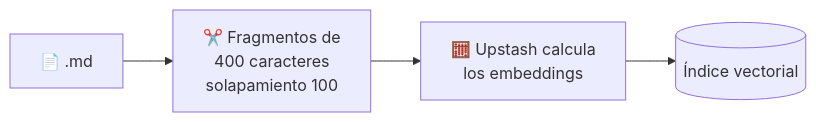
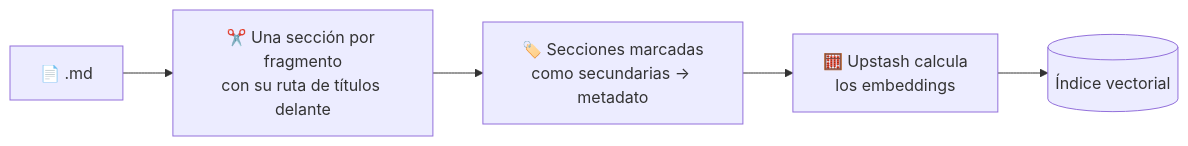
The third of 3 diagrams in README.md (JorgePR91/portfolio-rag-chatbot), drawn with Mermaid before and after one commit. The commit also changed other lines of this file, not shown here.

First line of the commit message:
docs: README con evaluación, resultados y decisiones de diseño

````diff
--- a/README.md
+++ b/README.md
@@ -198,6 +201,7 @@
 ```mermaid
 flowchart LR
-    A[📄 .md] --> B[✂️ Fragmentos de<br/>400 caracteres<br/>solapamiento 100]
-    B --> C[🧮 Upstash calcula<br/>los embeddings]
+    A[📄 .md] --> B[✂️ Una sección por fragmento<br/>con su ruta de títulos delante]
+    B --> M[🏷️ Secciones marcadas<br/>como secundarias → metadato]
+    M --> C[🧮 Upstash calcula<br/>los embeddings]
     C --> D[(Índice vectorial)]
 ```
````
